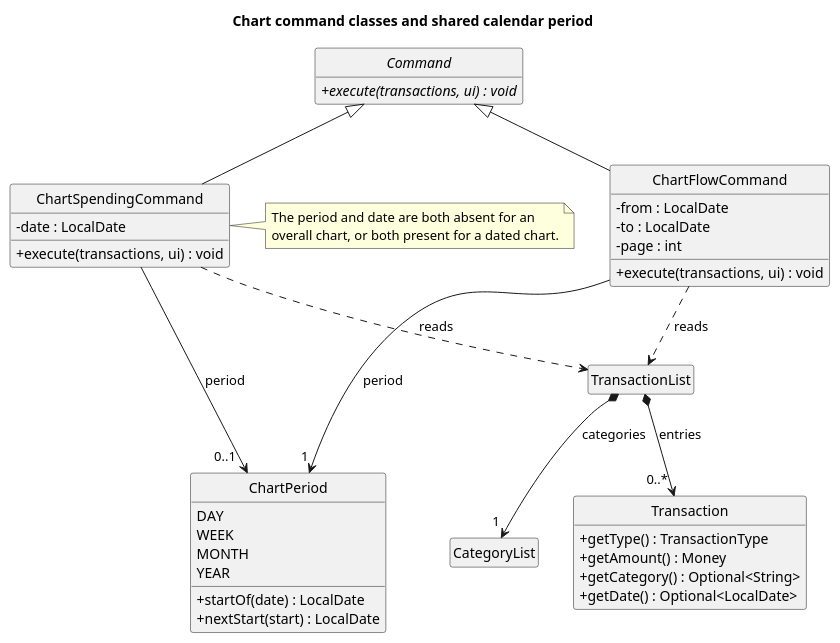
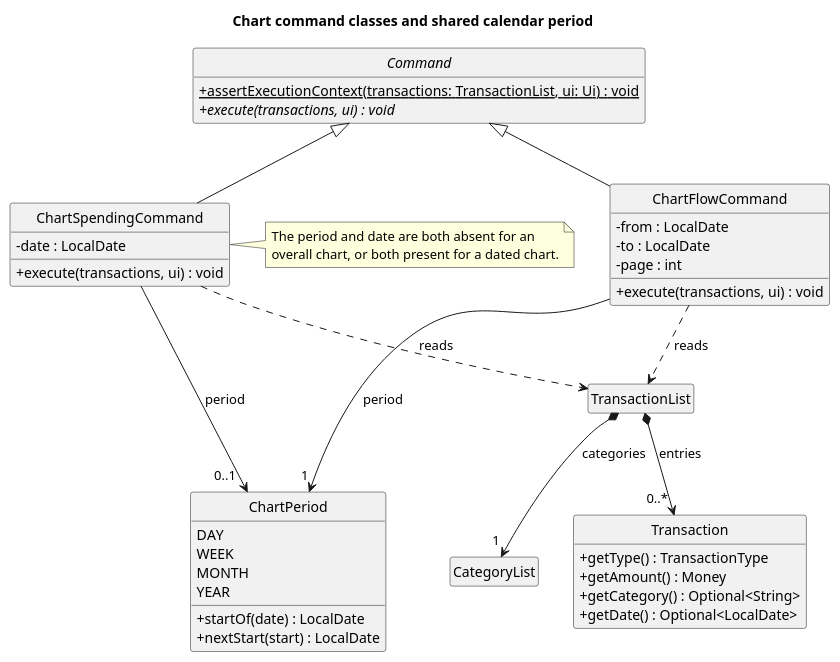
One commit to AY2627S1-CS2113-W13-2/tp changed the diagram in docs/diagrams/ChartClassDiagram.puml. Above: the diagram before and after it, drawn with PlantUML. The commit also changed 26 other files, not shown here.

Commit message:
Move assertion method to Command and update diagrams

```diff
--- a/docs/diagrams/ChartClassDiagram.puml
+++ b/docs/diagrams/ChartClassDiagram.puml
@@ -1,58 +1,59 @@
 @startuml ChartClassDiagram
 ' @@author nkyjStar
 title Chart command classes and shared calendar period
 hide circle
 hide empty members
 skinparam shadowing false
 skinparam classAttributeIconSize 0
 
 abstract class Command {
+    + {static} assertExecutionContext(transactions: TransactionList, ui: Ui) : void
     + {abstract} execute(transactions, ui) : void
 }
 
 class ChartFlowCommand {
     - from : LocalDate
     - to : LocalDate
     - page : int
     + execute(transactions, ui) : void
 }
 
 class ChartSpendingCommand {
     - date : LocalDate
     + execute(transactions, ui) : void
 }
 
 enum ChartPeriod {
     DAY
     WEEK
     MONTH
     YEAR
     + startOf(date) : LocalDate
     + nextStart(start) : LocalDate
 }
 
 class TransactionList
 
 class CategoryList
 
 class Transaction {
     + getType() : TransactionType
     + getAmount() : Money
     + getCategory() : Optional<String>
     + getDate() : Optional<LocalDate>
 }
 
 Command <|-- ChartFlowCommand
 Command <|-- ChartSpendingCommand
 ChartFlowCommand --> "1 " ChartPeriod : period
 ChartSpendingCommand ---> "0..1  " ChartPeriod : period
 ChartFlowCommand ..> TransactionList : reads
 ChartSpendingCommand ..> TransactionList : reads
 TransactionList *--> "1 " CategoryList : categories
 TransactionList *--> "0..* " Transaction : entries
 
 note right of ChartSpendingCommand
   The period and date are both absent for an
   overall chart, or both present for a dated chart.
 end note
 @enduml
```
